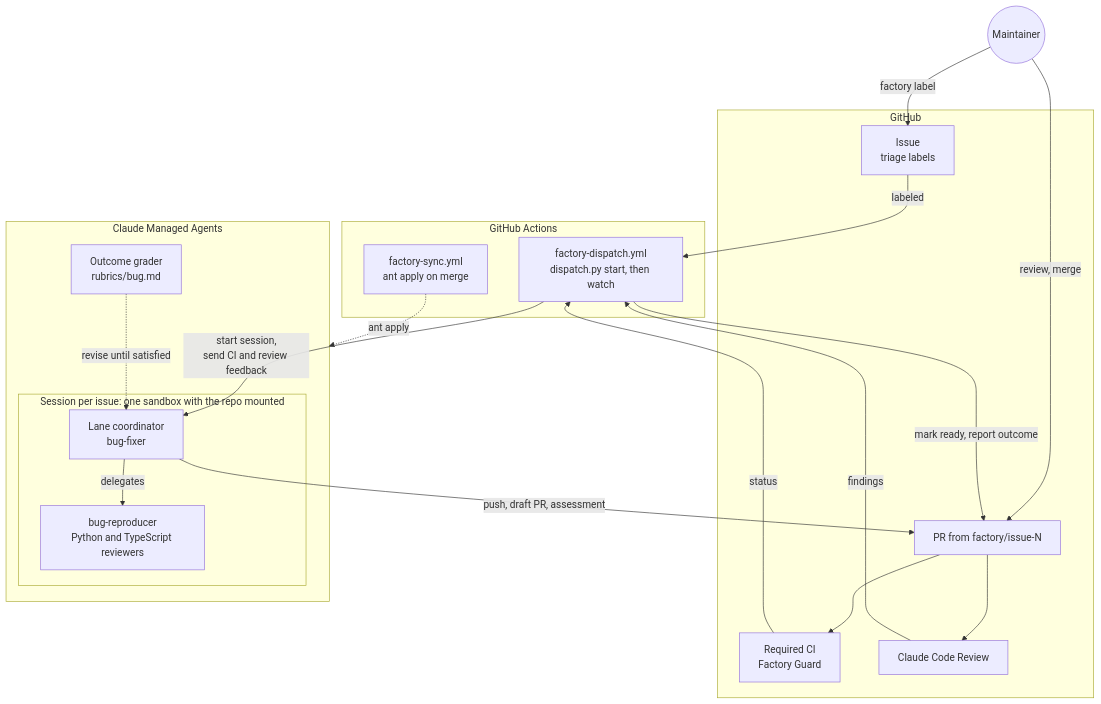
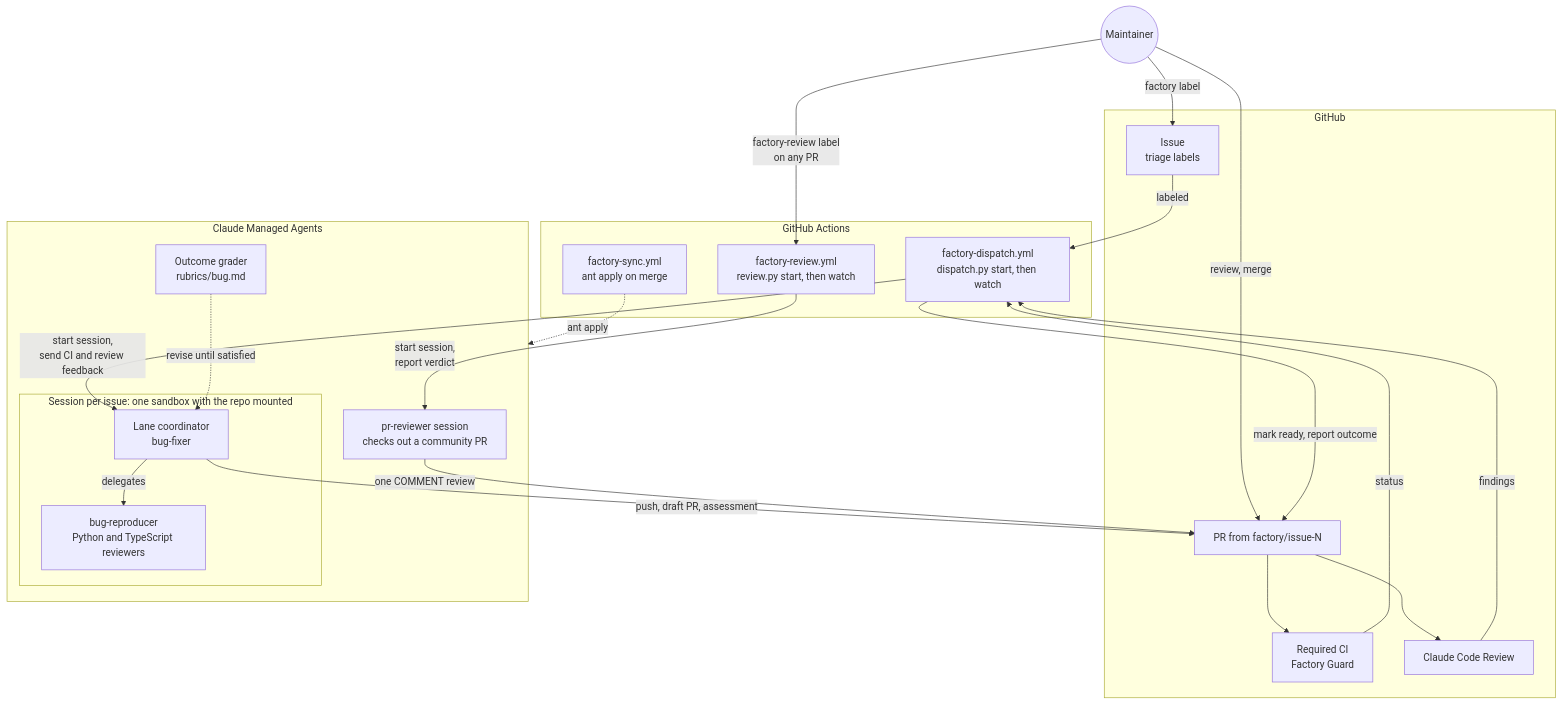
Before and after one commit to Arize-ai/openinference: the first of 3 diagrams in factory/README.md, drawn with Mermaid. The commit also changed other lines of this file and 5 other files, not shown here.

Commit message:
feat(factory): review a pull request on demand with the pr-reviewer lane (#4181)

````diff
--- a/factory/README.md
+++ b/factory/README.md
@@ -11,38 +11,43 @@
 ```mermaid
 flowchart TB
   maintainer(("Maintainer"))
 
   subgraph github["GitHub"]
     issue["Issue<br/>triage labels"]
     pr["PR from factory/issue-N"]
     checks["Required CI<br/>Factory Guard"]
     review["Claude Code Review"]
   end
 
   subgraph actions["GitHub Actions"]
     dispatch["factory-dispatch.yml<br/>dispatch.py start, then watch"]
+    prreview["factory-review.yml<br/>review.py start, then watch"]
     sync["factory-sync.yml<br/>ant apply on merge"]
   end
 
   subgraph agents["Claude Managed Agents"]
     subgraph session["Session per issue: one sandbox with the repo mounted"]
       coordinator["Lane coordinator<br/>bug-fixer"]
       subagents["bug-reproducer<br/>Python and TypeScript reviewers"]
     end
+    reviewer["pr-reviewer session<br/>checks out a community PR"]
     grader["Outcome grader<br/>rubrics/bug.md"]
   end
 
   maintainer -->|"factory label"| issue
   maintainer -->|"review, merge"| pr
+  maintainer -->|"factory-review label<br/>on any PR"| prreview
+  prreview -->|"start session,<br/>report verdict"| reviewer
+  reviewer -->|"one COMMENT review"| pr
   issue -->|"labeled"| dispatch
   dispatch -->|"start session,<br/>send CI and review feedback"| coordinator
   coordinator -->|"delegates"| subagents
   grader -.->|"revise until satisfied"| coordinator
   coordinator -->|"push, draft PR, assessment"| pr
   pr --> checks
   pr --> review
   checks -->|"status"| dispatch
   review -->|"findings"| dispatch
   dispatch -->|"mark ready, report outcome"| pr
   sync -.->|"ant apply"| agents
 ```
````
